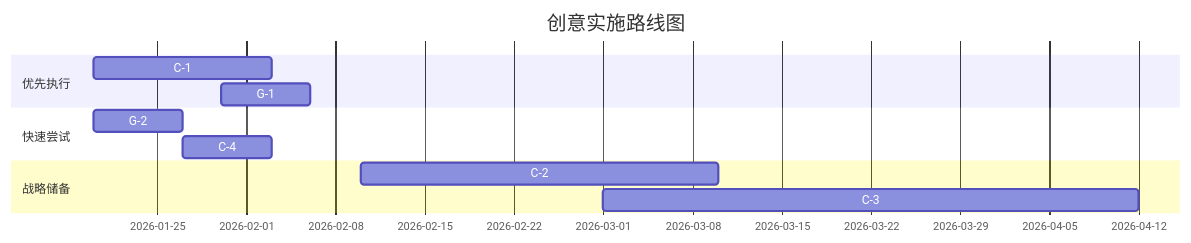
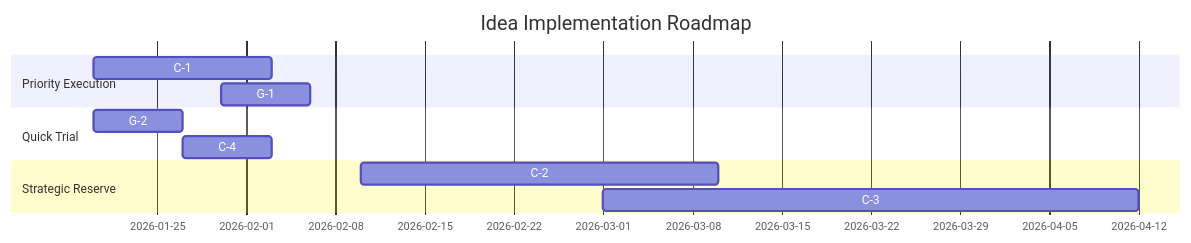
The tenth of 10 diagrams in plugins/brainstorm/skills/idea-evaluator/references/mermaid-templates.md (zengwenliang416/my-plugins), drawn with Mermaid before and after one commit. The commit also changed other lines of this file and 3 other files, not shown here.

````diff
--- a/plugins/brainstorm/skills/idea-evaluator/references/mermaid-templates.md
+++ b/plugins/brainstorm/skills/idea-evaluator/references/mermaid-templates.md
@@ -183,14 +183,14 @@
 ```mermaid
 gantt
-    title 创意实施路线图
+    title Idea Implementation Roadmap
     dateFormat  YYYY-MM-DD
-    section 优先执行
-    C-1: 核心功能        :a1, 2026-01-20, 2w
-    G-1: 体验优化        :a2, after a1, 1w
-    section 快速尝试
-    G-2: 小功能测试      :b1, 2026-01-20, 1w
-    C-4: 技术验证        :b2, 2026-01-27, 1w
-    section 战略储备
-    C-2: 架构升级        :c1, 2026-02-10, 4w
-    C-3: 长期投入        :c2, 2026-03-01, 6w
+    section Priority Execution
+    C-1: Core Feature        :a1, 2026-01-20, 2w
+    G-1: Experience Optimization        :a2, after a1, 1w
+    section Quick Trial
+    G-2: Small Feature Test      :b1, 2026-01-20, 1w
+    C-4: Technical Validation        :b2, 2026-01-27, 1w
+    section Strategic Reserve
+    C-2: Architecture Upgrade        :c1, 2026-02-10, 4w
+    C-3: Long-term Investment        :c2, 2026-03-01, 6w
 ```
````
